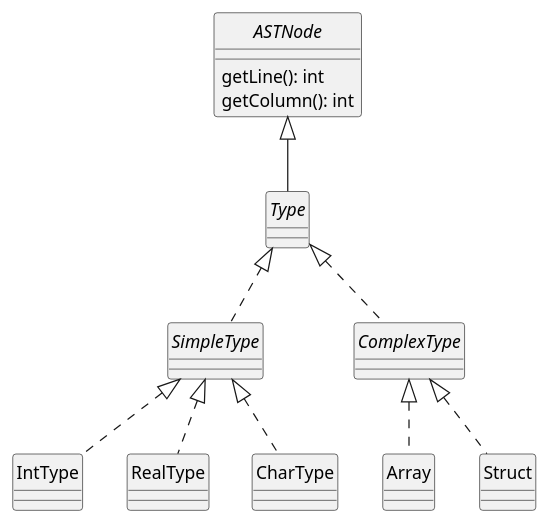
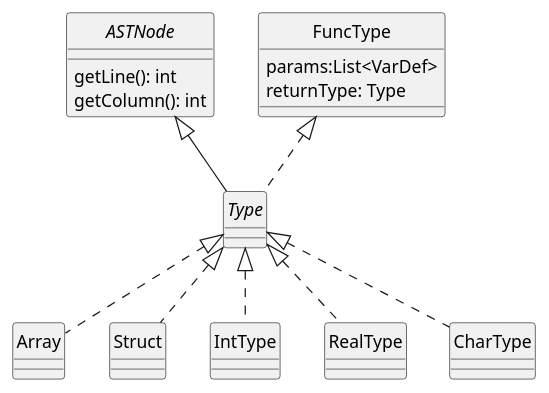
The diagram in docs/diagrams/types.plantuml (uo277516/dlp-compiler), drawn with PlantUML before and after one commit. The commit also changed 57 other files, not shown here.

Commit message:
Implementación de los diagramas - primera version

```diff
--- a/docs/diagrams/types.plantuml
+++ b/docs/diagrams/types.plantuml
@@ -1,35 +1,37 @@
 @startuml Types
 skinparam style strictuml
 skinparam monochrome true
 
 interface ASTNode {
     getLine(): int
     getColumn(): int
 }
 
 interface Type
 
 ASTNode <|-- Type
 
-interface SimpleType
-interface ComplexType
-
 class Array
 class Struct
 
 class IntType
 class RealType
 class CharType
 
-Type <|.. SimpleType
-Type <|.. ComplexType
+class FuncType {
+    params:List<VarDef>
+    returnType: Type
+}
 
-ComplexType <|.. Array
-ComplexType <|.. Struct
 
-SimpleType <|.. IntType
-SimpleType <|.. RealType
-SimpleType <|.. CharType
+FuncType <|.. Type
+
+Type <|.. Array
+Type <|.. Struct
+
+Type <|.. IntType
+Type <|.. RealType
+Type <|.. CharType
 
 
 @enduml
```
